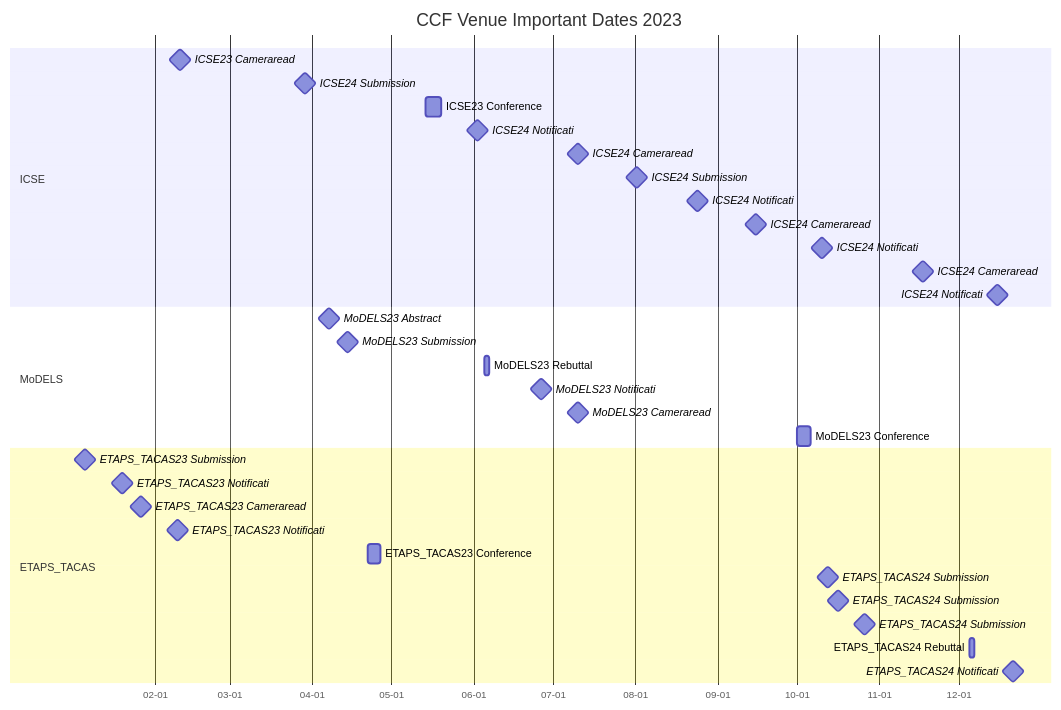
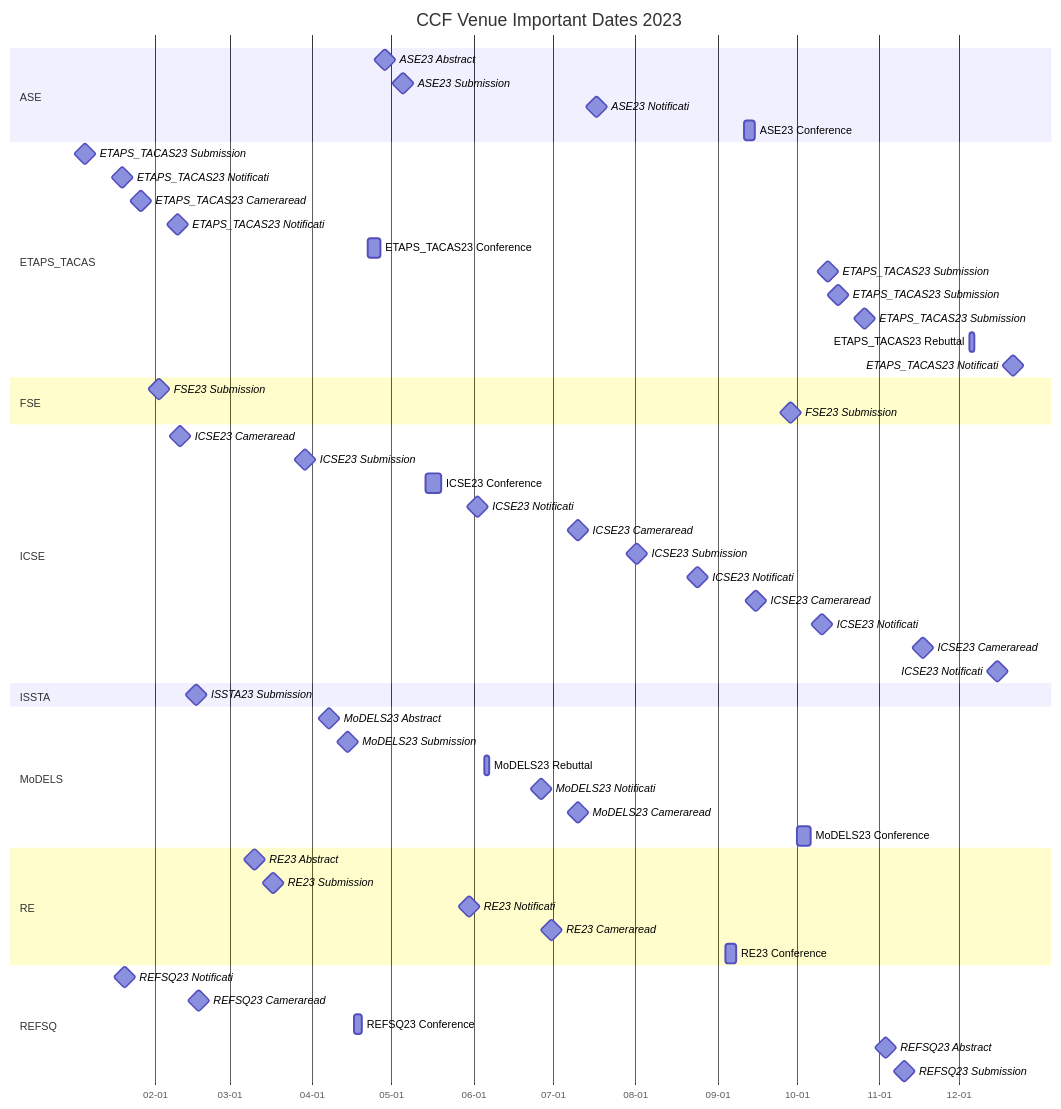
Before and after one commit to HansBug/research_ideas: the sixth of 9 diagrams in ccf_venues/TIMELINE.md, drawn with Mermaid. The commit also changed other lines of this file and 42 other files, not shown here.

````diff
--- a/ccf_venues/TIMELINE.md
+++ b/ccf_venues/TIMELINE.md
@@ -409,40 +578,67 @@
 ```mermaid
 gantt
   title CCF Venue Important Dates 2023
   dateFormat YYYY-MM-DD
   axisFormat %m-%d
 
+  section ASE
+  ASE23 Abstract :milestone, ase_2023_1_20230428, 2023-04-28, 1d
+  ASE23 Submission :milestone, ase_2023_2_20230505, 2023-05-05, 1d
+  ASE23 Notificati :milestone, ase_2023_3_20230717, 2023-07-17, 1d
+  ASE23 Conference :ase_2023_4_20230911, 2023-09-11, 2023-09-15
+
+  section ETAPS_TACAS
+  ETAPS_TACAS23 Submission :milestone, etaps_tacas_2023_1_20230105, 2023-01-05, 1d
+  ETAPS_TACAS23 Notificati :milestone, etaps_tacas_2023_2_20230119, 2023-01-19, 1d
+  ETAPS_TACAS23 Cameraread :milestone, etaps_tacas_2023_3_20230126, 2023-01-26, 1d
+  ETAPS_TACAS23 Notificati :milestone, etaps_tacas_2023_4_20230209, 2023-02-09, 1d
+  ETAPS_TACAS23 Conference :etaps_tacas_2023_5_20230422, 2023-04-22, 2023-04-27
+  ETAPS_TACAS23 Submission :milestone, etaps_tacas_2023_6_20231012, 2023-10-12, 1d
+  ETAPS_TACAS23 Submission :milestone, etaps_tacas_2023_7_20231016, 2023-10-16, 1d
+  ETAPS_TACAS23 Submission :milestone, etaps_tacas_2023_8_20231026, 2023-10-26, 1d
+  ETAPS_TACAS23 Rebuttal :etaps_tacas_2023_9_20231205, 2023-12-05, 2023-12-07
+  ETAPS_TACAS23 Notificati :milestone, etaps_tacas_2023_10_20231221, 2023-12-21, 1d
+
+  section FSE
+  FSE23 Submission :milestone, fse_2023_1_20230202, 2023-02-02, 1d
+  FSE23 Submission :milestone, fse_2023_2_20230928, 2023-09-28, 1d
+
   section ICSE
-  ICSE23 Cameraread :milestone, icse2023_1_20230210, 2023-02-10, 1d
-  ICSE24 Submission :milestone, icse2024_2_20230329, 2023-03-29, 1d
-  ICSE23 Conference :icse2023_3_20230514, 2023-05-14, 2023-05-20
-  ICSE24 Notificati :milestone, icse2024_4_20230602, 2023-06-02, 1d
-  ICSE24 Cameraread :milestone, icse2024_5_20230710, 2023-07-10, 1d
-  ICSE24 Submission :milestone, icse2024_6_20230801, 2023-08-01, 1d
-  ICSE24 Notificati :milestone, icse2024_7_20230824, 2023-08-24, 1d
-  ICSE24 Cameraread :milestone, icse2024_8_20230915, 2023-09-15, 1d
-  ICSE24 Notificati :milestone, icse2024_9_20231010, 2023-10-10, 1d
-  ICSE24 Cameraread :milestone, icse2024_10_20231117, 2023-11-17, 1d
-  ICSE24 Notificati :milestone, icse2024_11_20231215, 2023-12-15, 1d
+  ICSE23 Cameraread :milestone, icse_2023_1_20230210, 2023-02-10, 1d
+  ICSE23 Submission :milestone, icse_2023_2_20230329, 2023-03-29, 1d
+  ICSE23 Conference :icse_2023_3_20230514, 2023-05-14, 2023-05-20
+  ICSE23 Notificati :milestone, icse_2023_4_20230602, 2023-06-02, 1d
+  ICSE23 Cameraread :milestone, icse_2023_5_20230710, 2023-07-10, 1d
+  ICSE23 Submission :milestone, icse_2023_6_20230801, 2023-08-01, 1d
+  ICSE23 Notificati :milestone, icse_2023_7_20230824, 2023-08-24, 1d
+  ICSE23 Cameraread :milestone, icse_2023_8_20230915, 2023-09-15, 1d
+  ICSE23 Notificati :milestone, icse_2023_9_20231010, 2023-10-10, 1d
+  ICSE23 Cameraread :milestone, icse_2023_10_20231117, 2023-11-17, 1d
+  ICSE23 Notificati :milestone, icse_2023_11_20231215, 2023-12-15, 1d
+
+  section ISSTA
+  ISSTA23 Submission :milestone, issta_2023_1_20230216, 2023-02-16, 1d
 
   section MoDELS
-  MoDELS23 Abstract :milestone, models2023_1_20230407, 2023-04-07, 1d
-  MoDELS23 Submission :milestone, models2023_2_20230414, 2023-04-14, 1d
-  MoDELS23 Rebuttal :models2023_3_20230605, 2023-06-05, 2023-06-07
-  MoDELS23 Notificati :milestone, models2023_4_20230626, 2023-06-26, 1d
-  MoDELS23 Cameraread :milestone, models2023_5_20230710, 2023-07-10, 1d
-  MoDELS23 Conference :models2023_6_20231001, 2023-10-01, 2023-10-06
+  MoDELS23 Abstract :milestone, models_2023_1_20230407, 2023-04-07, 1d
+  MoDELS23 Submission :milestone, models_2023_2_20230414, 2023-04-14, 1d
+  MoDELS23 Rebuttal :models_2023_3_20230605, 2023-06-05, 2023-06-07
+  MoDELS23 Notificati :milestone, models_2023_4_20230626, 2023-06-26, 1d
+  MoDELS23 Cameraread :milestone, models_2023_5_20230710, 2023-07-10, 1d
+  MoDELS23 Conference :models_2023_6_20231001, 2023-10-01, 2023-10-06
 
-  section ETAPS_TACAS
-  ETAPS_TACAS23 Submission :milestone, etaps2023_1_20230105, 2023-01-05, 1d
-  ETAPS_TACAS23 Notificati :milestone, etaps2023_2_20230119, 2023-01-19, 1d
-  ETAPS_TACAS23 Cameraread :milestone, etaps2023_3_20230126, 2023-01-26, 1d
-  ETAPS_TACAS23 Notificati :milestone, etaps2023_4_20230209, 2023-02-09, 1d
-  ETAPS_TACAS23 Conference :etaps2023_5_20230422, 2023-04-22, 2023-04-27
-  ETAPS_TACAS24 Submission :milestone, etaps2024_6_20231012, 2023-10-12, 1d
-  ETAPS_TACAS24 Submission :milestone, etaps2024_7_20231016, 2023-10-16, 1d
-  ETAPS_TACAS24 Submission :milestone, etaps2024_8_20231026, 2023-10-26, 1d
-  ETAPS_TACAS24 Rebuttal :etaps2024_9_20231205, 2023-12-05, 2023-12-07
-  ETAPS_TACAS24 Notificati :milestone, etaps2024_10_20231221, 2023-12-21, 1d
+  section RE
+  RE23 Abstract :milestone, re_2023_1_20230310, 2023-03-10, 1d
+  RE23 Submission :milestone, re_2023_2_20230317, 2023-03-17, 1d
+  RE23 Notificati :milestone, re_2023_3_20230530, 2023-05-30, 1d
+  RE23 Cameraread :milestone, re_2023_4_20230630, 2023-06-30, 1d
+  RE23 Conference :re_2023_5_20230904, 2023-09-04, 2023-09-08
+
+  section REFSQ
+  REFSQ23 Notificati :milestone, refsq_2023_1_20230120, 2023-01-20, 1d
+  REFSQ23 Cameraread :milestone, refsq_2023_2_20230217, 2023-02-17, 1d
+  REFSQ23 Conference :refsq_2023_3_20230417, 2023-04-17, 2023-04-20
+  REFSQ23 Abstract :milestone, refsq_2023_4_20231103, 2023-11-03, 1d
+  REFSQ23 Submission :milestone, refsq_2023_5_20231110, 2023-11-10, 1d
 
 ```
````
